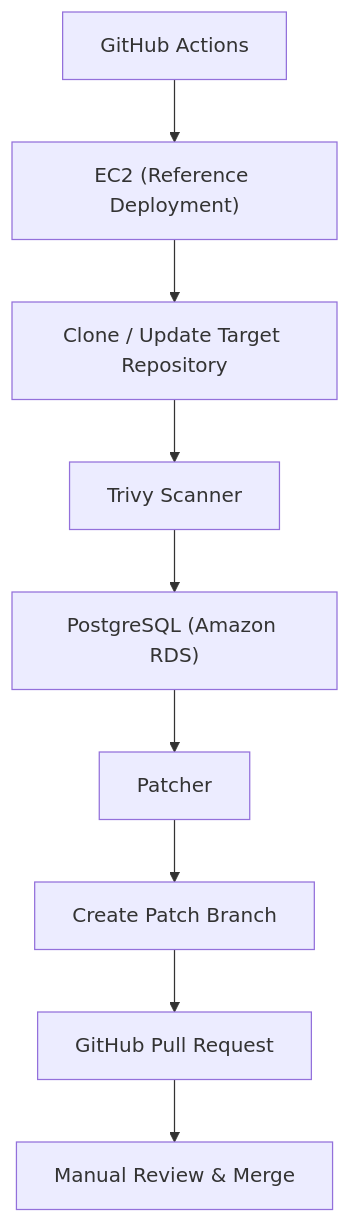
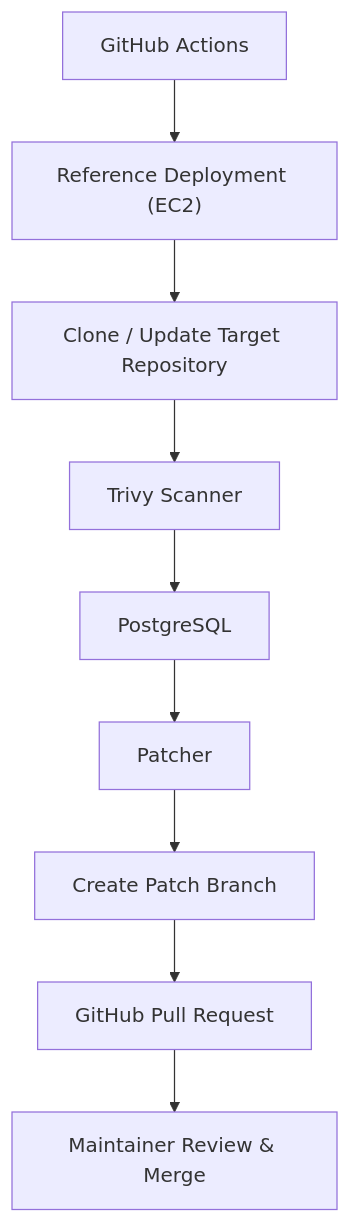
One commit to mathivadhanis505/cve_test changed the diagram in README.md. Above: the diagram before and after it, drawn with Mermaid. The commit also changed other lines of this file, not shown here.

````diff
--- a/README.md
+++ b/README.md
@@ -34,11 +34,11 @@
 ```mermaid
 flowchart TD
-    A["GitHub Actions"] --> B["EC2 (Reference Deployment)"]
+    A["GitHub Actions"] --> B["Reference Deployment (EC2)"]
     B --> C["Clone / Update Target Repository"]
     C --> D["Trivy Scanner"]
-    D --> E["PostgreSQL (Amazon RDS)"]
+    D --> E["PostgreSQL"]
     E --> F["Patcher"]
     F --> G["Create Patch Branch"]
     G --> H["GitHub Pull Request"]
-    H --> I["Manual Review & Merge"]
+    H --> I["Maintainer Review & Merge"]
 ```
````
